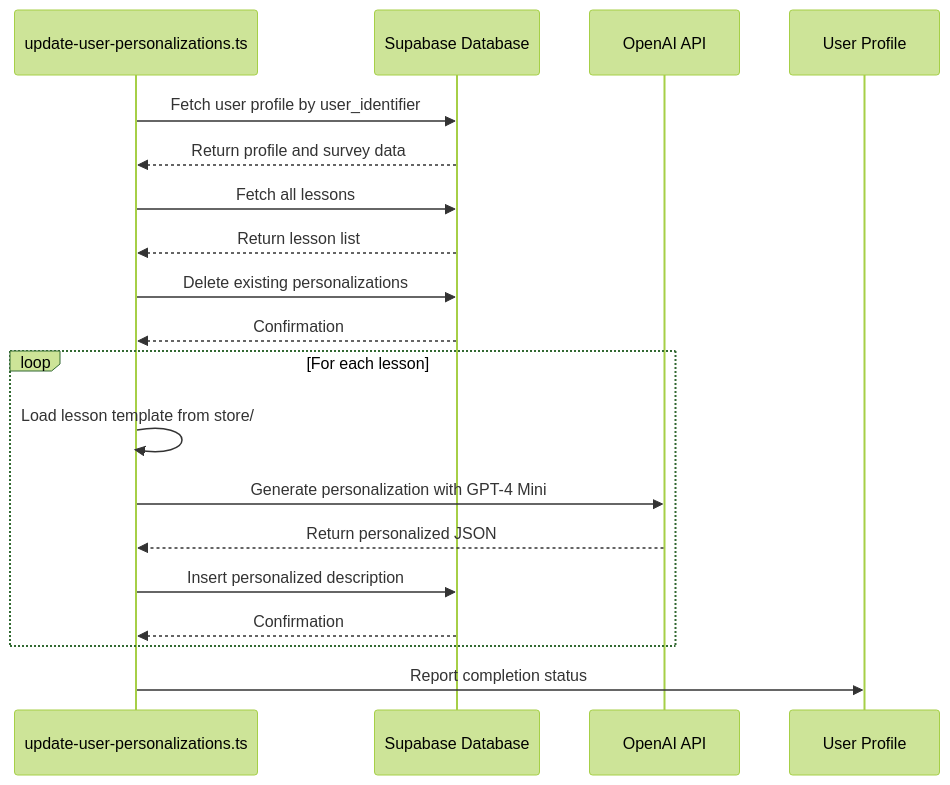
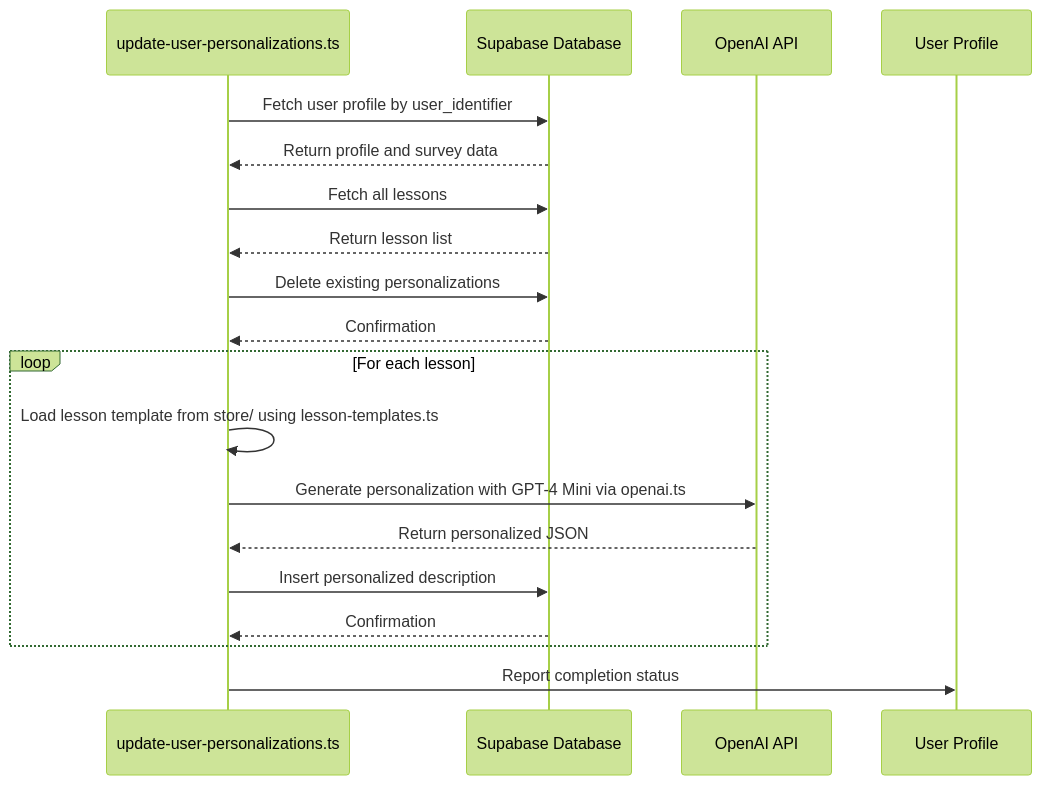
Before and after one commit to lommaks777/pesonalisev2: the second of 3 diagrams in .qoder/repowiki/en/content/Data Management Scripts/Data Management Scripts.md, drawn with Mermaid (forest theme). The commit also changed other lines of this file and 17 other files, not shown here.

First line of the commit message:
refactor(docs): update all docs to reflect service layer architecture refactor

````diff
--- a/.qoder/repowiki/en/content/Data Management Scripts/Data Management Scripts.md
+++ b/.qoder/repowiki/en/content/Data Management Scripts/Data Management Scripts.md
@@ -133,21 +147,21 @@
 ```mermaid
 sequenceDiagram
 participant Script as update-user-personalizations.ts
 participant Supabase as Supabase Database
 participant OpenAI as OpenAI API
 participant User as User Profile
 Script->>Supabase : Fetch user profile by user_identifier
 Supabase-->>Script : Return profile and survey data
 Script->>Supabase : Fetch all lessons
 Supabase-->>Script : Return lesson list
 Script->>Supabase : Delete existing personalizations
 Supabase-->>Script : Confirmation
 loop For each lesson
-Script->>Script : Load lesson template from store/
-Script->>OpenAI : Generate personalization with GPT-4 Mini
+Script->>Script : Load lesson template from store/ using lesson-templates.ts
+Script->>OpenAI : Generate personalization with GPT-4 Mini via openai.ts
 OpenAI-->>Script : Return personalized JSON
 Script->>Supabase : Insert personalized description
 Supabase-->>Script : Confirmation
 end
 Script->>User : Report completion status
 ```
````
